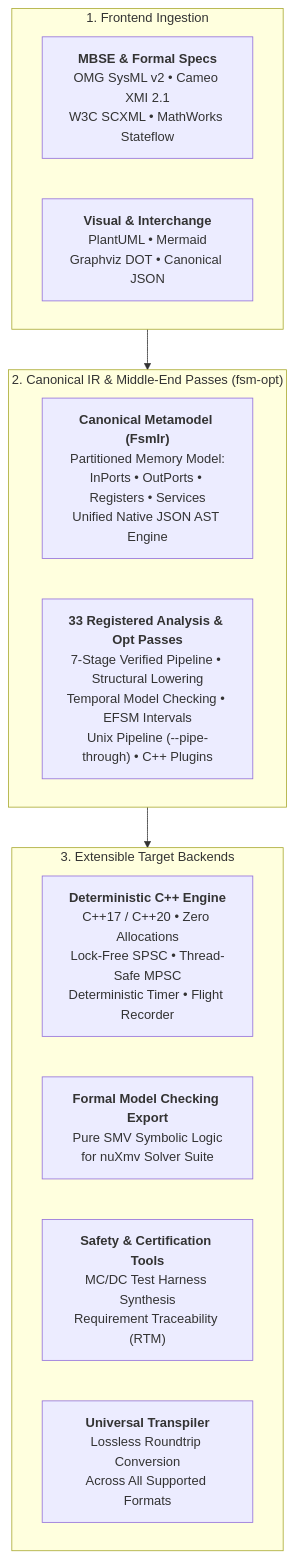
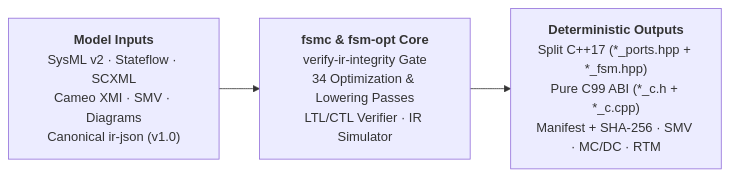
The diagram in README.md (simoneCavalleri/fsmc), drawn with Mermaid before and after one commit. The commit also changed other lines of this file and 40 other files, not shown here.

````diff
--- a/README.md
+++ b/README.md
@@ -29,22 +34,8 @@
 ```mermaid
-flowchart TD
-    subgraph Ingestion["1. Frontend Ingestion"]
-        SysML["<b>MBSE & Formal Specs</b><br/>OMG SysML v2 • Cameo XMI 2.1<br/>W3C SCXML • MathWorks Stateflow"]
-        Diagrams["<b>Visual & Interchange</b><br/>PlantUML • Mermaid<br/>Graphviz DOT • Canonical JSON"]
-    end
+flowchart LR
+    In["<b>Model Inputs</b><br/>SysML v2 · Stateflow · SCXML<br/>Cameo XMI · SMV · Diagrams<br/>Canonical ir-json (v1.0)"]
+    Core["<b>fsmc &amp; fsm-opt Core</b><br/>verify-ir-integrity Gate<br/>34 Optimization &amp; Lowering Passes<br/>LTL/CTL Verifier · IR Simulator"]
+    Out["<b>Deterministic Outputs</b><br/>Split C++17 (*_ports.hpp + *_fsm.hpp)<br/>Pure C99 ABI (*_c.h + *_c.cpp)<br/>Manifest + SHA-256 · SMV · MC/DC · RTM"]
 
-    subgraph Compiler["2. Canonical IR & Middle-End Passes (fsm-opt)"]
-        IR["<b>Canonical Metamodel (FsmIr)</b><br/>Partitioned Memory Model:<br/>InPorts • OutPorts • Registers • Services<br/>Unified Native JSON AST Engine"]
-        Passes["<b>33 Registered Analysis & Opt Passes</b><br/>7-Stage Verified Pipeline • Structural Lowering<br/>Temporal Model Checking • EFSM Intervals<br/>Unix Pipeline (--pipe-through) • C++ Plugins"]
-    end
-
-    subgraph Targets["3. Extensible Target Backends"]
-        CPP["<b>Deterministic C++ Engine</b><br/>C++17 / C++20 • Zero Allocations<br/>Lock-Free SPSC • Thread-Safe MPSC<br/>Deterministic Timer • Flight Recorder"]
-        SMV["<b>Formal Model Checking Export</b><br/>Pure SMV Symbolic Logic<br/>for nuXmv Solver Suite"]
-        Safety["<b>Safety & Certification Tools</b><br/>MC/DC Test Harness Synthesis<br/>Requirement Traceability (RTM)"]
-        Transpile["<b>Universal Transpiler</b><br/>Lossless Roundtrip Conversion<br/>Across All Supported Formats"]
-    end
-
-    Ingestion --> Compiler
-    Compiler --> Targets
+    In --> Core --> Out
 ```
````
